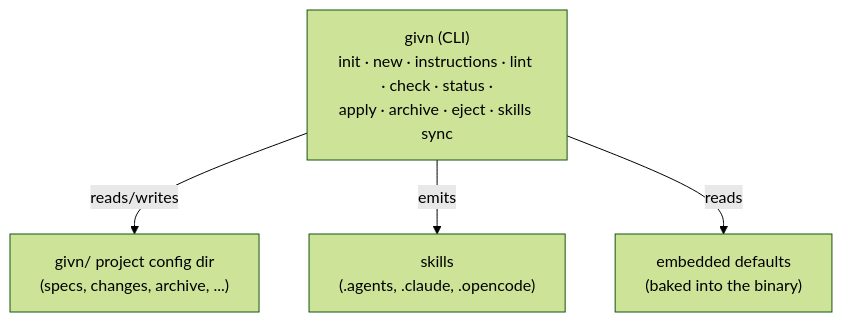
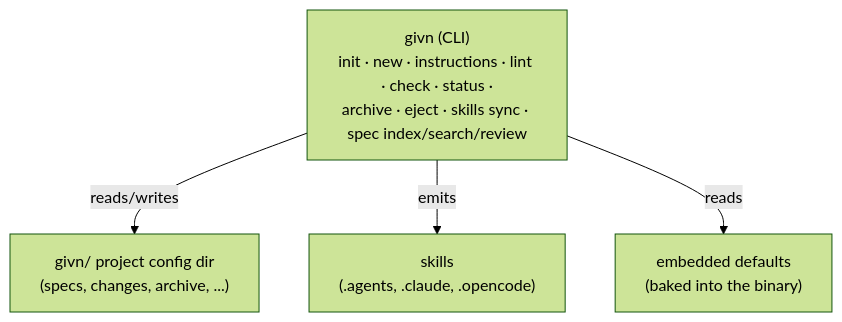
The diagram in docs/arc42/03-context-and-scope.md (buster/givn), drawn with Mermaid (forest theme) before and after one commit. The commit also changed 13 other files, not shown here.

````diff
--- a/docs/arc42/03-context-and-scope.md
+++ b/docs/arc42/03-context-and-scope.md
@@ -9,11 +9,11 @@
 ```mermaid
 graph TB
-    CLI["givn (CLI)<br/>init · new · instructions · lint · check · status ·<br/>apply · archive · eject · skills sync"]
+    CLI["givn (CLI)<br/>init · new · instructions · lint · check · status ·<br/>archive · eject · skills sync · spec index/search/review"]
     PROJECT["givn/ project config dir<br/>(specs, changes, archive, ...)"]
     SKILLS["skills<br/>(.agents, .claude, .opencode)"]
     EMBEDDED["embedded defaults<br/>(baked into the binary)"]
 
     CLI -->|reads/writes| PROJECT
     CLI -->|emits| SKILLS
     CLI -->|reads| EMBEDDED
 ```
````
